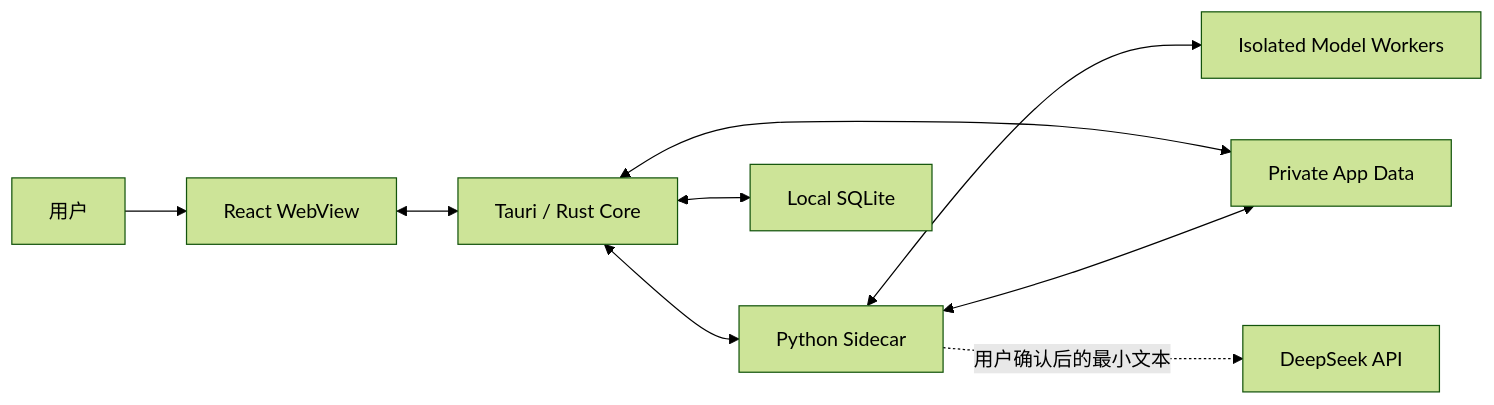
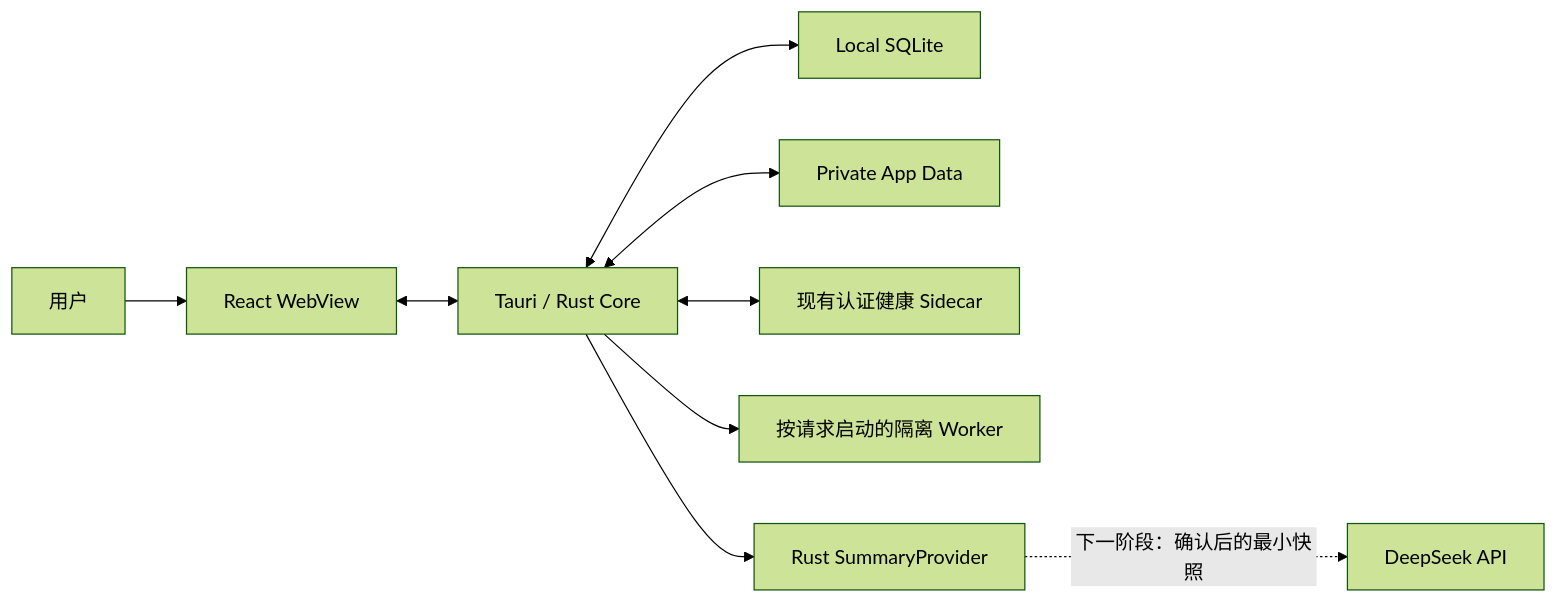
One commit to Gray-8a/MeetingLens changed the first of 7 diagrams in ARCHITECTURE.md. Above: the diagram before and after it, drawn with Mermaid (forest theme). The commit also changed other lines of this file and 10 other files, not shown here.

Commit message:
docs: rebaseline personal edition roadmap (#23)

````diff
--- a/ARCHITECTURE.md
+++ b/ARCHITECTURE.md
@@ -15,11 +15,11 @@
 ```mermaid
 flowchart LR
     U["用户"] --> UI["React WebView"]
     UI <--> CORE["Tauri / Rust Core"]
-    CORE <--> SIDE["Python Sidecar"]
-    SIDE <--> WORKERS["Isolated Model Workers"]
     CORE <--> DB["Local SQLite"]
     CORE <--> FS["Private App Data"]
-    SIDE <--> FS
-    SIDE -. "用户确认后的最小文本" .-> DS["DeepSeek API"]
+    CORE <--> SIDE["现有认证健康 Sidecar"]
+    CORE --> WORKERS["按请求启动的隔离 Worker"]
+    CORE --> SUMMARY["Rust SummaryProvider"]
+    SUMMARY -. "下一阶段：确认后的最小快照" .-> DS["DeepSeek API"]
 ```
````
